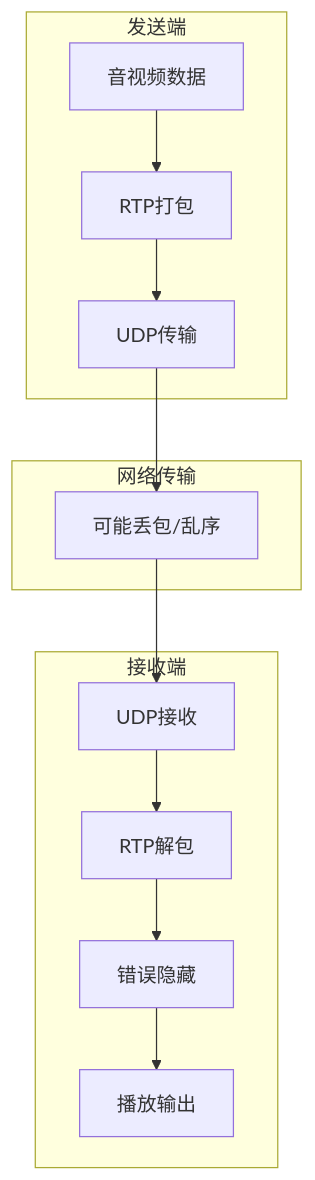
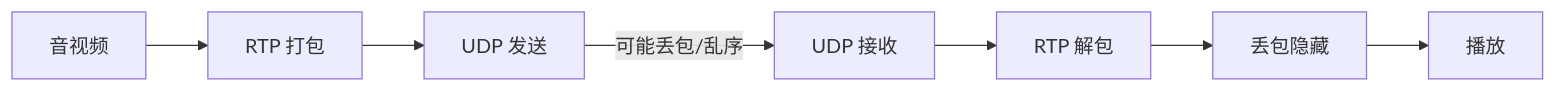
The eighth of 9 diagrams in 计算机网络/3.2传输层：UDP协议与应用.md (Dtheme/CS-base), drawn with Mermaid before and after one commit. The commit also changed other lines of this file and 51 other files, not shown here.

````diff
--- a/计算机网络/3.2传输层：UDP协议与应用.md
+++ b/计算机网络/3.2传输层：UDP协议与应用.md
@@ -587,18 +423,6 @@
 ```mermaid
-graph TD
-    subgraph "发送端"
-        A[音视频数据] --> B[RTP打包]
-        B --> C[UDP传输]
-    end
-    
-    subgraph "网络传输"
-        C --> D[可能丢包/乱序]
-    end
-    
-    subgraph "接收端"
-        D --> E[UDP接收]
-        E --> F[RTP解包]
-        F --> G[错误隐藏]
-        G --> H[播放输出]
-    end
+graph LR
+    A[音视频] --> B[RTP 打包] --> C[UDP 发送]
+    C -->|可能丢包/乱序| D[UDP 接收] --> E[RTP 解包]
+    E --> F[丢包隐藏] --> G[播放]
 ```
````
